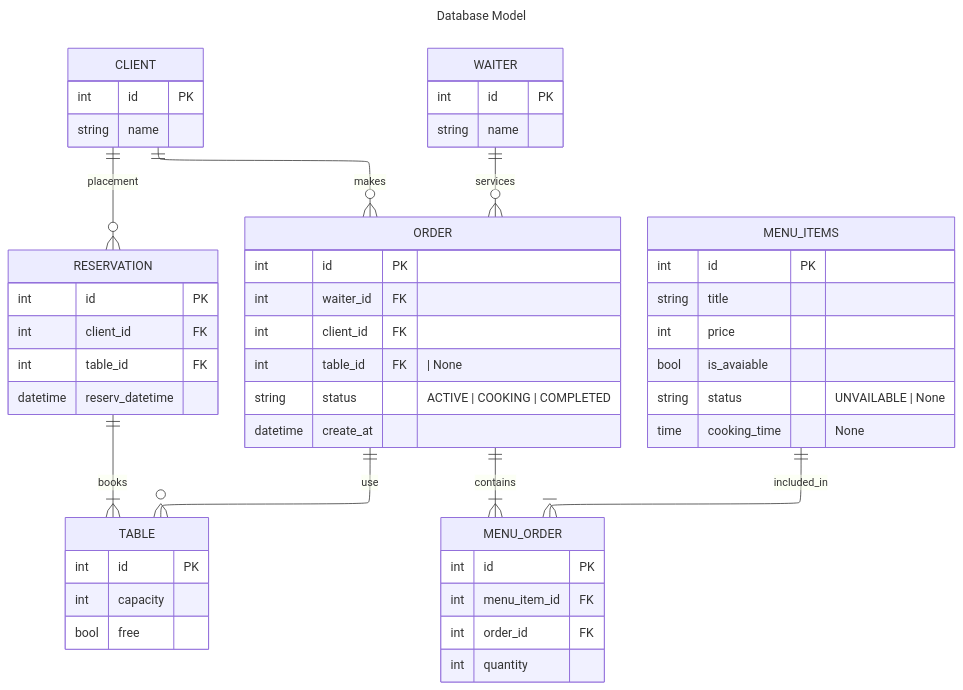
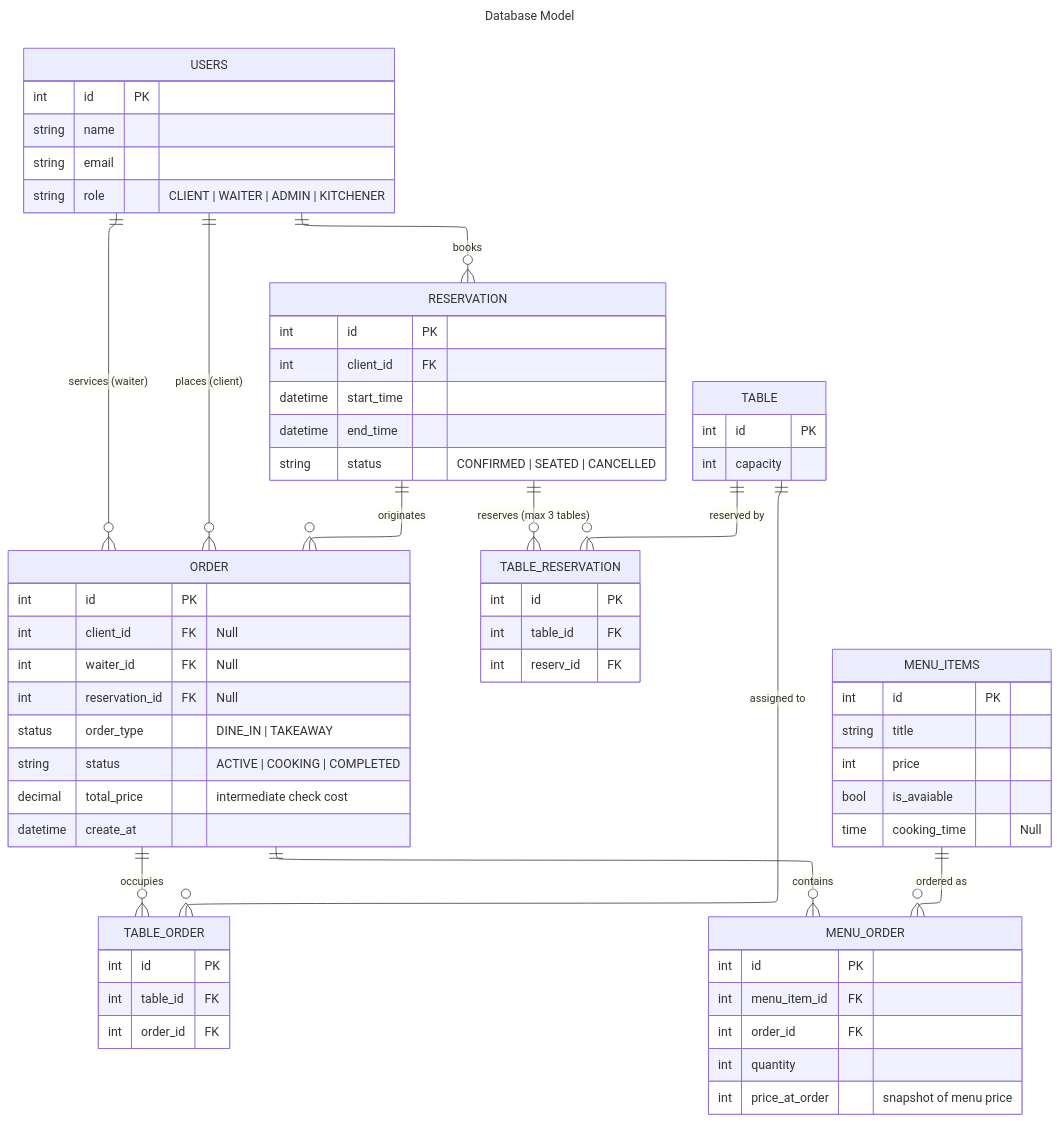
One commit to cyjiky/TableFlow changed the first of 2 diagrams in model.md. Above: the diagram before and after it, drawn with Mermaid. The commit also changed other lines of this file, not shown here.

Commit message:
Align database model with specification

````diff
--- a/model.md
+++ b/model.md
@@ -5,67 +3,81 @@
 ```mermaid
 ---
 title: Database Model
 config:
     layout: elk
 ---
 erDiagram
-    CLIENT ||--o{ RESERVATION: "placement"
-    CLIENT ||--o{ ORDER : "makes"
+    USERS ||--o{ RESERVATION: "books"
+    USERS ||--o{ ORDER : "places (client)"
     
 
-    WAITER ||--o{ ORDER: "services"
-    ORDER ||--o{ TABLE: "use"
+    USERS ||--o{ ORDER: "services (waiter)"
+    ORDER ||--o{ TABLE_ORDER: "occupies"
+    TABLE ||--o{ TABLE_ORDER: "assigned to"
 
-    RESERVATION ||--|{ TABLE: "books"
+    RESERVATION ||--o{ TABLE_RESERVATION: "reserves (max 3 tables)"
+    RESERVATION ||--o{ ORDER: "originates"
+    TABLE ||--o{ TABLE_RESERVATION: "reserved by"
 
-    ORDER ||--|{ MENU_ORDER: "contains"
-    MENU_ITEMS ||--|{ MENU_ORDER: "included_in"
+    ORDER ||--o{ MENU_ORDER: "contains"
+    MENU_ITEMS ||--o{ MENU_ORDER: "ordered as"
 
-    CLIENT {
+    USERS {
         int id PK
         string name
+        string email
+        string role "CLIENT | WAITER | ADMIN | KITCHENER"
     }
 
     ORDER {
         int id PK
-        int waiter_id FK
-        int client_id FK 
-        int table_id FK "| None"
+        int client_id FK "Null"
+        int waiter_id FK "Null"
+        int reservation_id FK "Null"
+        status order_type "DINE_IN | TAKEAWAY"
         string status "ACTIVE | COOKING | COMPLETED"
+        decimal total_price "intermediate check cost"
         datetime create_at 
     }
 
     TABLE {
         int id PK 
         int capacity
-        bool free
     }
 
-    WAITER {
+    TABLE_ORDER {
         int id PK
-        string name
+        int table_id FK 
+        int order_id FK
     }
 
     RESERVATION {
         int id PK
         int client_id FK
-        int table_id FK
-        datetime reserv_datetime
+        datetime start_time
+        datetime end_time
+        string status "CONFIRMED | SEATED | CANCELLED"
+    }
+
+    TABLE_RESERVATION {
+        int id PK
+        int table_id FK 
+        int reserv_id FK
     }
 
     MENU_ITEMS {
         int id PK
         string title 
         int price 
         bool is_avaiable
-        string status "UNVAILABLE | None"
-        time cooking_time "None"
+        time cooking_time "Null"
     }
 
     MENU_ORDER {
         int id PK
         int menu_item_id FK
         int order_id FK
         int quantity
+        int price_at_order "snapshot of menu price"
     }
 ```
````
